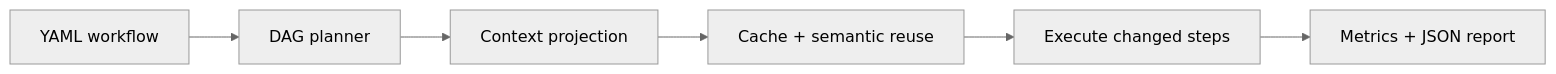
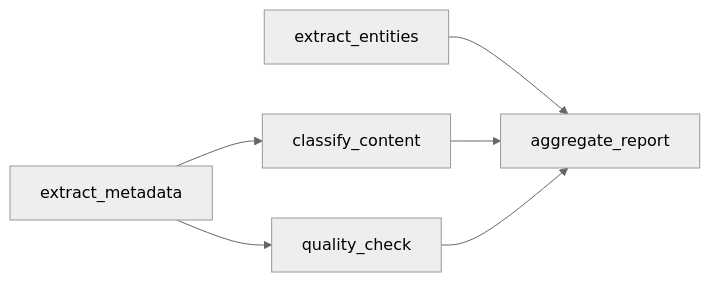
Before and after one commit to fawzmehfil/Helix: the diagram in README.md, drawn with Mermaid (neutral theme). The commit also changed other lines of this file and 7345 other files, not shown here.

````diff
--- a/README.md
+++ b/README.md
@@ -56,8 +70,8 @@
 ```mermaid
 flowchart LR
-    A["YAML workflow"] --> B["DAG planner"]
-    B --> C["Context projection"]
-    C --> D["Cache + semantic reuse"]
-    D --> E["Execute changed steps"]
-    E --> F["Metrics + JSON report"]
+  A["extract_metadata"] --> C["classify_content"]
+  A --> D["quality_check"]
+  B["extract_entities"] --> E["aggregate_report"]
+  C --> E
+  D --> E
 ```
````
